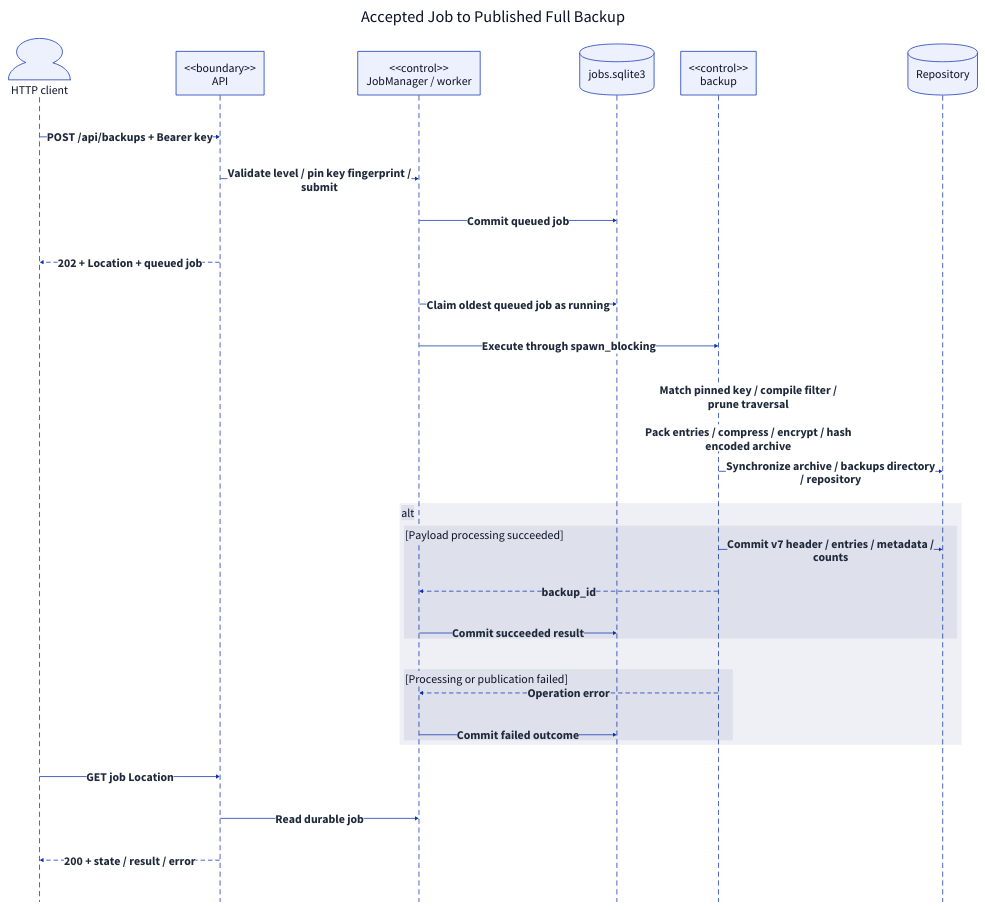
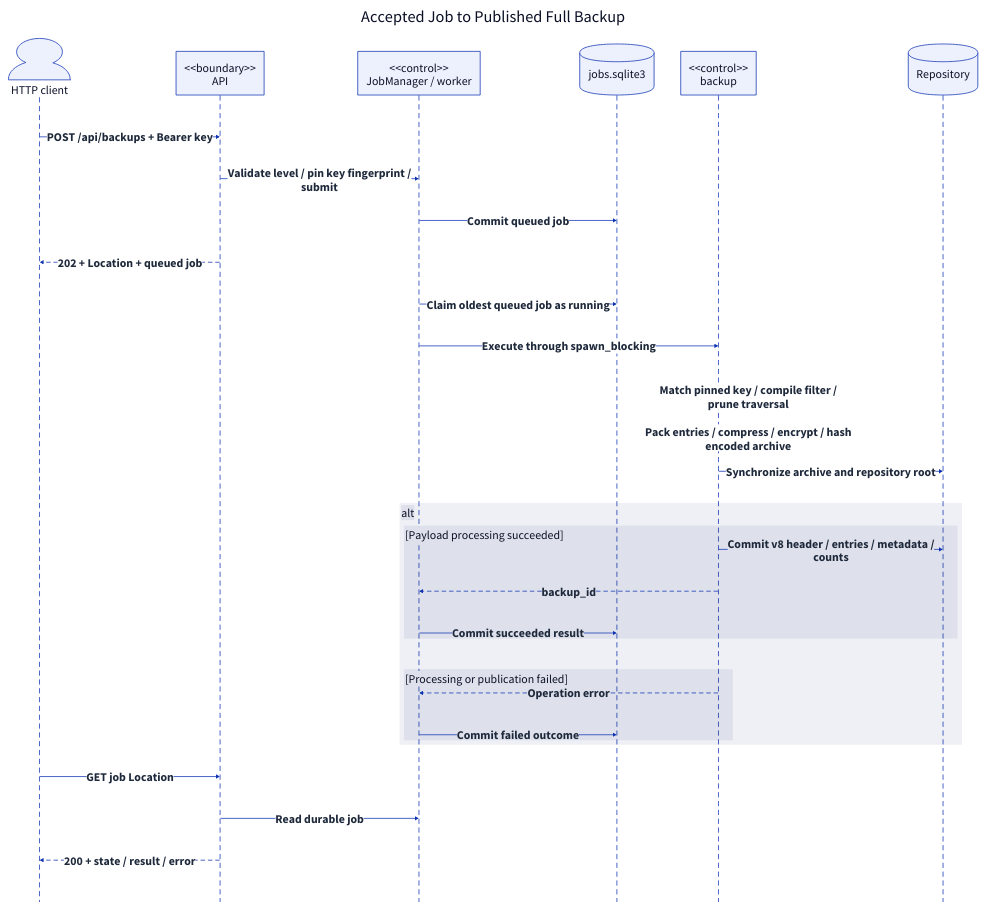
One commit to qi7876/software-development-exp changed the diagram in docs/report/generated/system-sequence-backup.d2. Above: the diagram before and after it, drawn with D2. The commit also changed 15 other files, not shown here.

Commit message:
docs: describe the repository-root archive layout

```diff
--- a/docs/report/generated/system-sequence-backup.d2
+++ b/docs/report/generated/system-sequence-backup.d2
@@ -1,41 +1,41 @@
 # Generated from docs/report/model.yaml; do not edit directly.
 direction: down
 **.style.font-size: 32
 (** -> **)[*].style: {font-size: 32; bold: true; italic: false; font-color: "#1E293B"}
 (** -- **)[*].style: {font-size: 32; bold: true; italic: false; font-color: "#1E293B"}
 (** <- **)[*].style: {font-size: 32; bold: true; italic: false; font-color: "#1E293B"}
 diagram: "Accepted Job to Published Full Backup" {
   style.font-size: 44
   style.fill: white
   style.stroke: transparent
   shape: sequence_diagram
   Client: "HTTP client" {shape: person}
   API: "<<boundary>>\nAPI" {shape: rectangle}
   Jobs: "<<control>>\nJobManager / worker" {shape: rectangle}
   DB: "jobs.sqlite3" {shape: cylinder}
   Backup: "<<control>>\nbackup" {shape: rectangle}
   Repo: "Repository" {shape: cylinder}
   Client -> API: "POST /api/backups + Bearer key"
   API -> Jobs: "Validate level / pin key fingerprint /\nsubmit"
   Jobs -> DB: "Commit queued job"
   API -> Client: "202 + Location + queued job" {style.stroke-dash: 5}
   Jobs -> DB: "Claim oldest queued job as running"
   Jobs -> Backup: "Execute through spawn_blocking"
   Backup -> Backup: "Match pinned key / compile filter /\nprune traversal"
   Backup -> Backup: "Pack entries / compress / encrypt / hash\nencoded archive"
-  Backup -> Repo: "Synchronize archive / backups directory\n/ repository"
+  Backup -> Repo: "Synchronize archive and repository root"
   fragment_9: alt {
     branch_9: "[Payload processing succeeded]" {
-      Backup -> Repo: "Commit v7 header / entries / metadata /\ncounts"
+      Backup -> Repo: "Commit v8 header / entries / metadata /\ncounts"
       Backup -> Jobs: "backup_id" {style.stroke-dash: 5}
       Jobs -> DB: "Commit succeeded result"
     }
     branch_13: "[Processing or publication failed]" {
       Backup -> Jobs: "Operation error" {style.stroke-dash: 5}
       Jobs -> DB: "Commit failed outcome"
     }
   }
   Client -> API: "GET job Location"
   API -> Jobs: "Read durable job"
   API -> Client: "200 + state / result / error" {style.stroke-dash: 5}
 }
```
